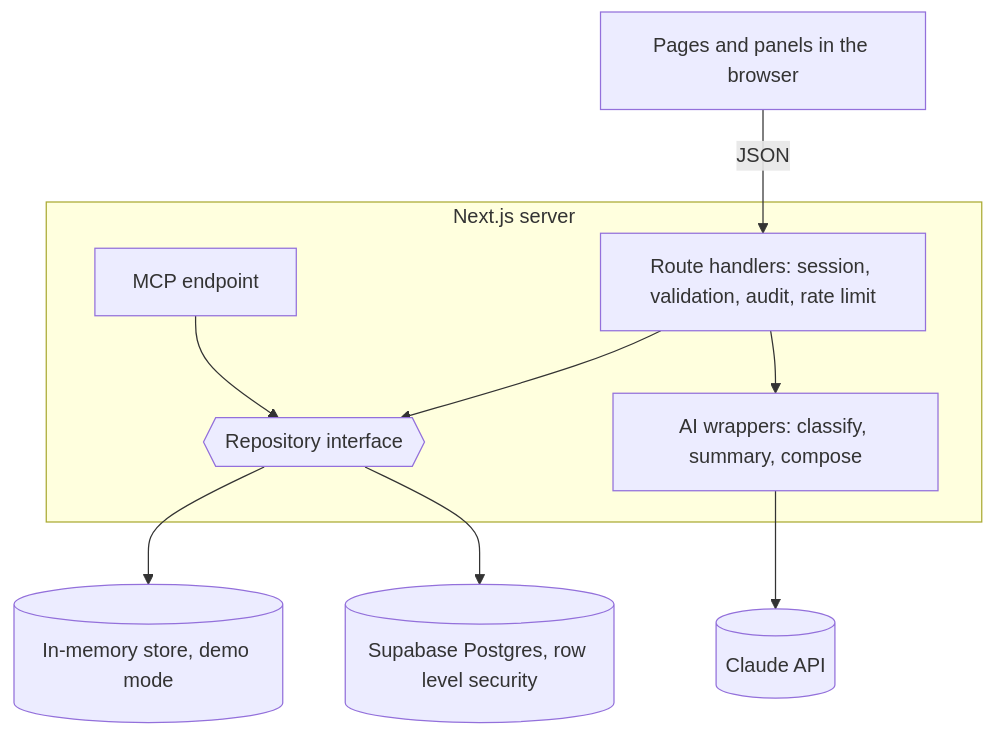
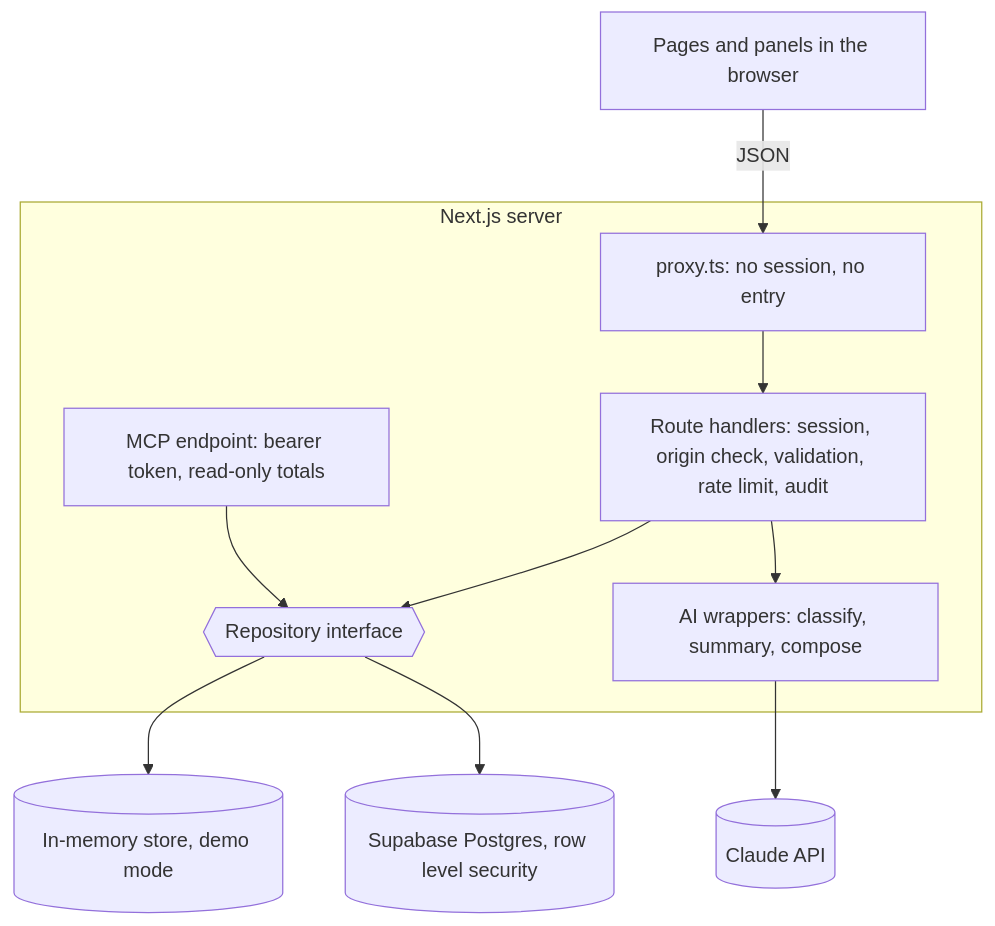
Before and after one commit to 2imi9/filing-problem-tracker: the diagram in specs/001-filing-problem-tracker/plan.md, drawn with Mermaid. The commit also changed other lines of this file and 16 other files, not shown here.

````diff
--- a/specs/001-filing-problem-tracker/plan.md
+++ b/specs/001-filing-problem-tracker/plan.md
@@ -11,17 +11,18 @@
 ```mermaid
 flowchart TB
   ui[Pages and panels in the browser]
   subgraph "Next.js server"
-    routes[Route handlers: session, validation, audit, rate limit]
+    proxy[proxy.ts: no session, no entry]
+    routes[Route handlers: session, origin check, validation, rate limit, audit]
     repo{{Repository interface}}
     ai[AI wrappers: classify, summary, compose]
-    mcp[MCP endpoint]
+    mcp[MCP endpoint: bearer token, read-only totals]
   end
   mem[(In-memory store, demo mode)]
   pg[(Supabase Postgres, row level security)]
-  ui -->|JSON| routes --> repo
+  ui -->|JSON| proxy --> routes --> repo
   mcp --> repo
   routes --> ai --> claude[(Claude API)]
   repo --> mem
   repo --> pg
 ```
````
